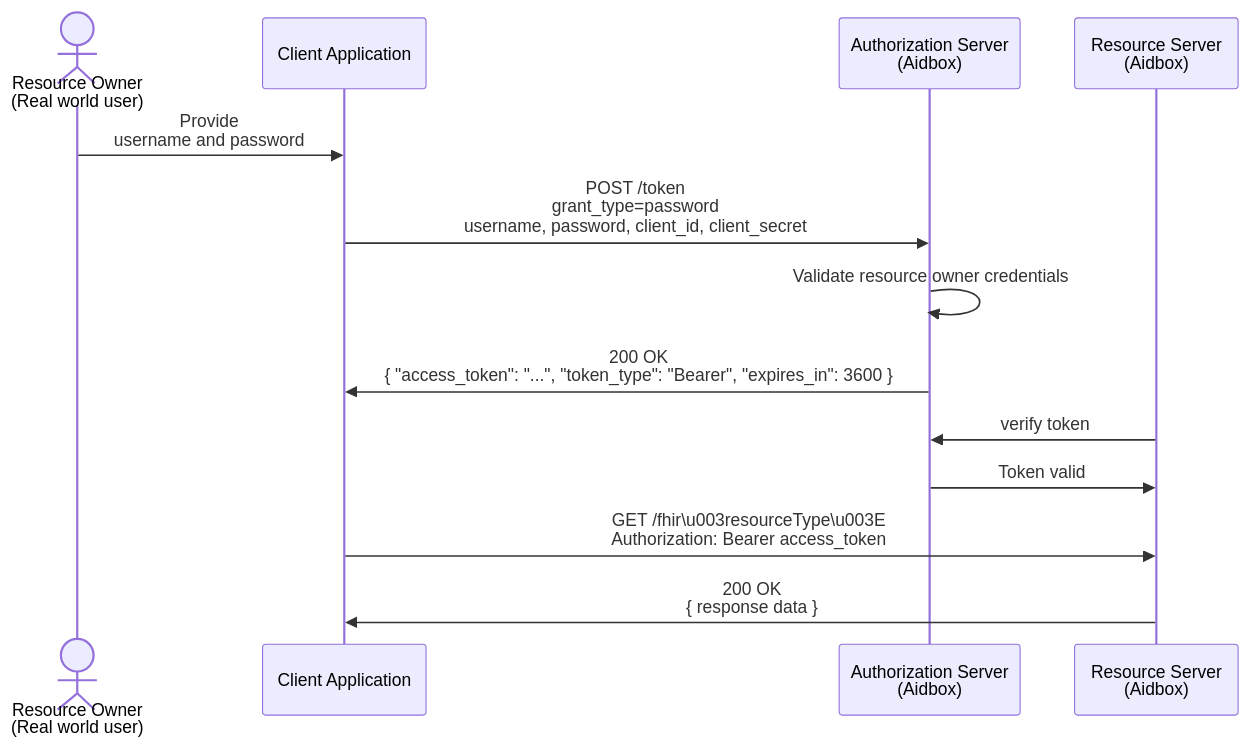
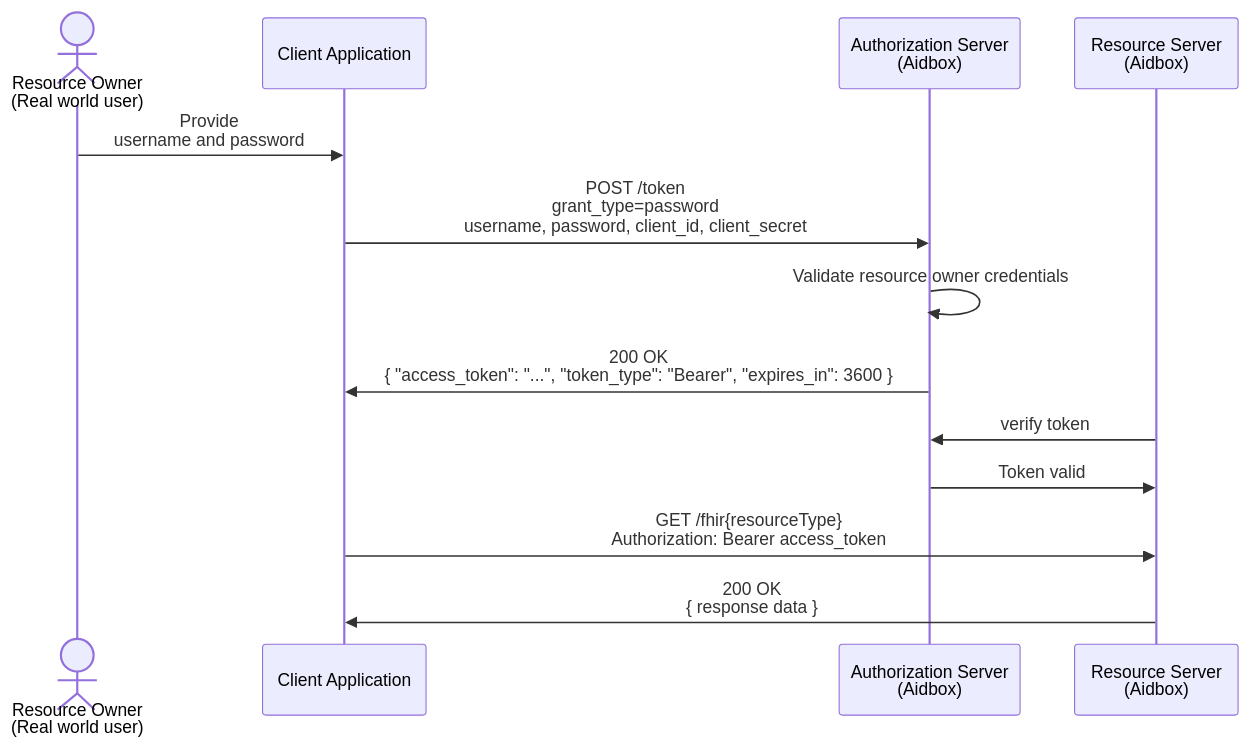
One commit to HealthSamurai/documentation changed the third of 4 diagrams in docs/access-control/authentication/oauth-2-0.md. Above: the diagram before and after it, drawn with Mermaid. The commit also changed other lines of this file, not shown here.

````diff
--- a/docs/access-control/authentication/oauth-2-0.md
+++ b/docs/access-control/authentication/oauth-2-0.md
@@ -67,16 +67,16 @@
 ```mermaid fullWidth="true"
 sequenceDiagram
   actor RO as Resource Owner<br>(Real world user)
   participant ClientApp as Client Application
   participant AS as Authorization Server<br>(Aidbox)
   participant RS as Resource Server<br>(Aidbox)
 
   RO->>ClientApp: Provide<br>username and password
   ClientApp->>AS: POST /token<br/>grant_type=password<br/>username, password, client_id, client_secret
   AS->>AS: Validate resource owner credentials
   AS->>ClientApp: 200 OK<br/>{ "access_token": "...", "token_type": "Bearer", "expires_in": 3600 }
   RS ->> AS: verify token
   AS ->> RS: Token valid
-  ClientApp->>RS: GET /fhir\u003resourceType\u003E<br/>Authorization: Bearer access_token
+  ClientApp->>RS: GET /fhir{resourceType}<br/>Authorization: Bearer access_token
   RS->>ClientApp: 200 OK<br/>{ response data }
 ```
````
